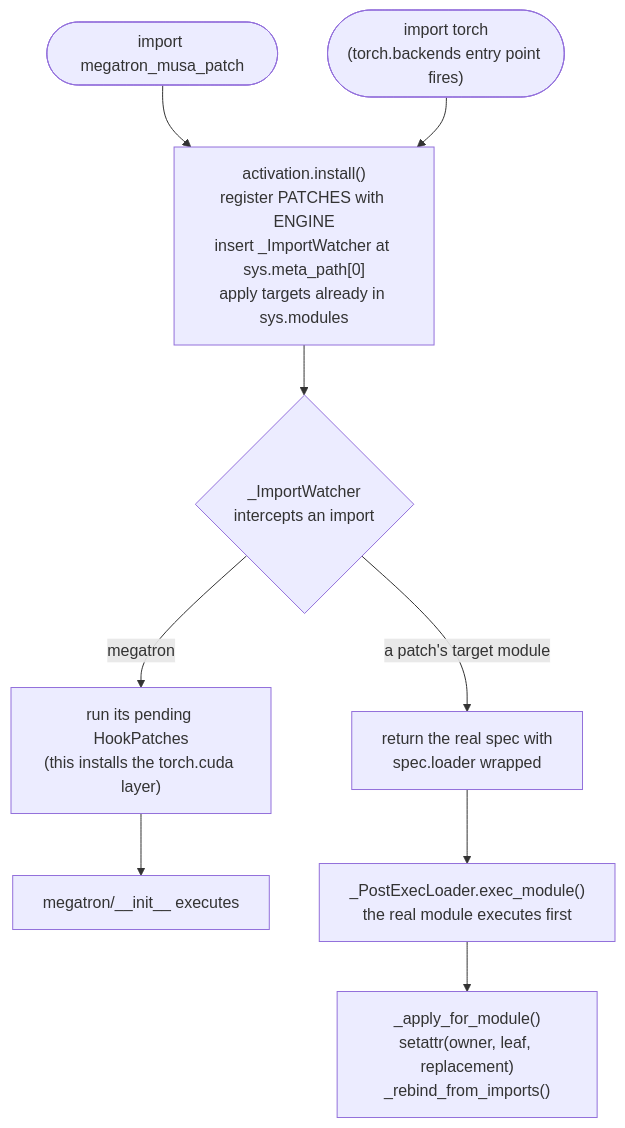
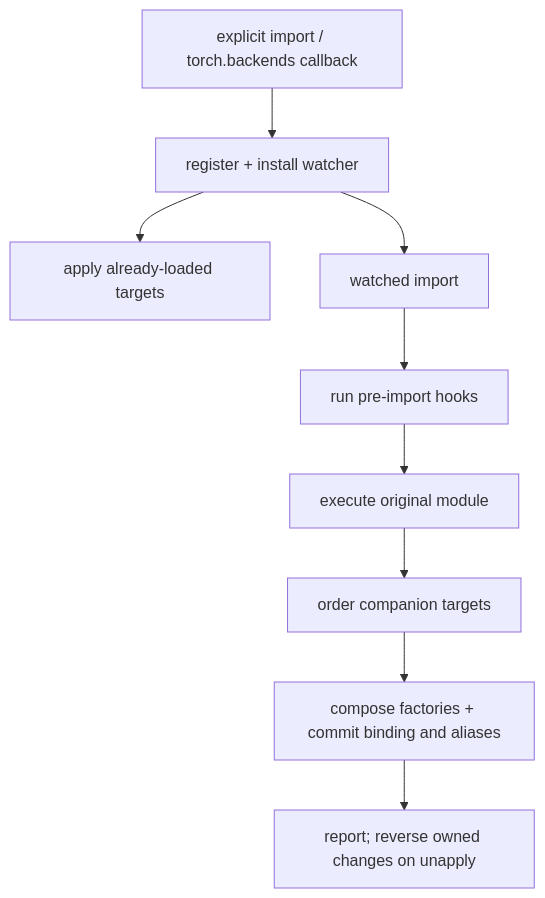
One commit to kiscad/megatron-musa-patch changed the diagram in CONTRIBUTING.md. Above: the diagram before and after it, drawn with Mermaid. The commit also changed other lines of this file and 24 other files, not shown here.

````diff
--- a/CONTRIBUTING.md
+++ b/CONTRIBUTING.md
@@ -145,16 +60,11 @@
 ```mermaid
 flowchart TD
-    A(["import megatron_musa_patch"]) --> C
-    B(["import torch<br/>(torch.backends entry point fires)"]) --> C
-
-    C["activation.install()<br/>register PATCHES with ENGINE<br/>insert _ImportWatcher at sys.meta_path[0]<br/>apply targets already in sys.modules"]
-
-    C --> W{"_ImportWatcher<br/>intercepts an import"}
-
-    W -->|"megatron"| H["run its pending HookPatches<br/>(this installs the torch.cuda layer)"]
-    W -->|"a patch's target module"| P["return the real spec with<br/>spec.loader wrapped"]
-
-    H --> M["megatron/__init__ executes"]
-    P --> E["_PostExecLoader.exec_module()<br/>the real module executes first"]
-    E --> S["_apply_for_module()<br/>setattr(owner, leaf, replacement)<br/>_rebind_from_imports()"]
+    A["explicit import / torch.backends callback"] --> B["register + install watcher"]
+    B --> C["apply already-loaded targets"]
+    B --> D["watched import"]
+    D --> E["run pre-import hooks"]
+    E --> F["execute original module"]
+    F --> G["order companion targets"]
+    G --> H["compose factories + commit binding and aliases"]
+    H --> I["report; reverse owned changes on unapply"]
 ```
````
